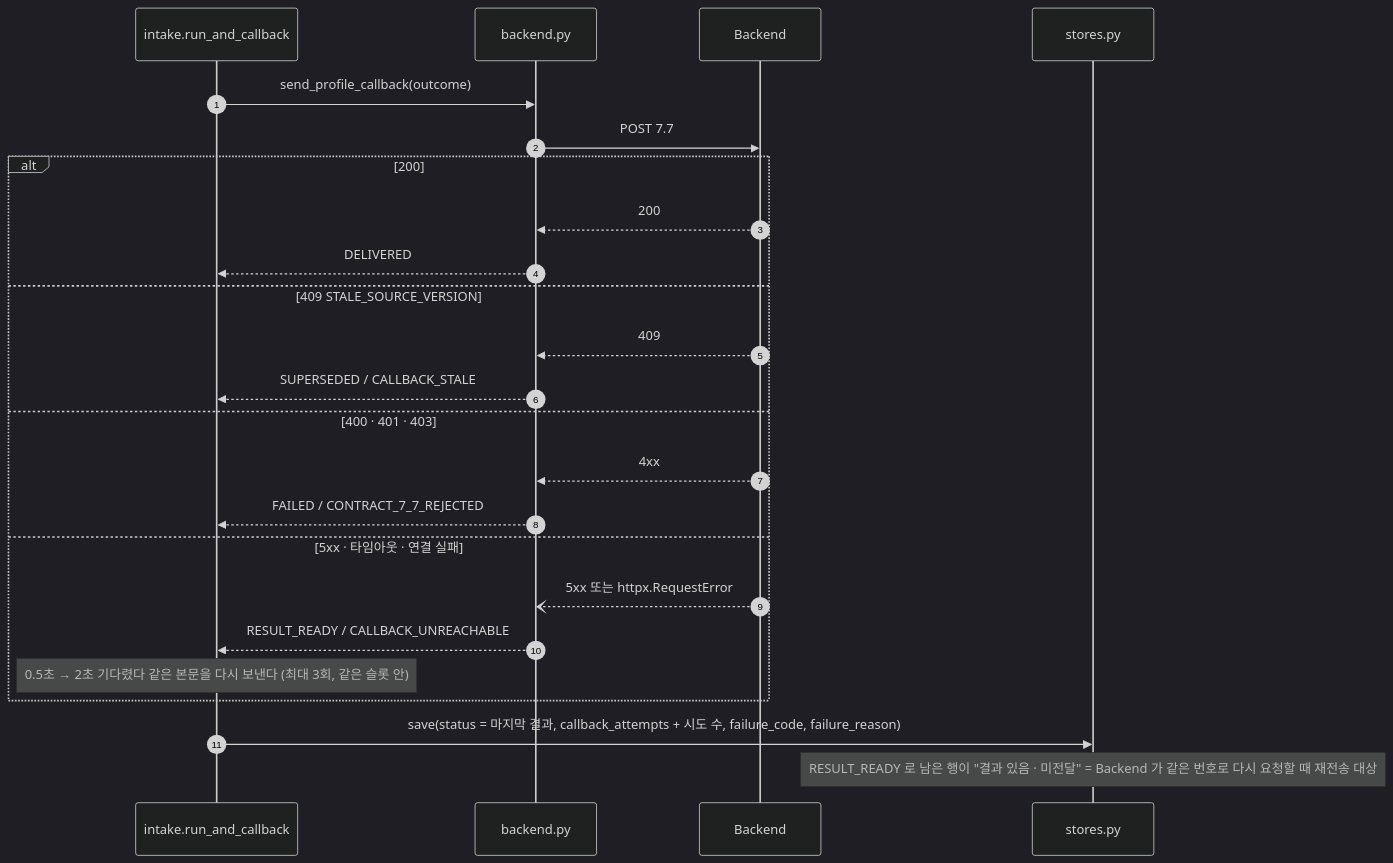
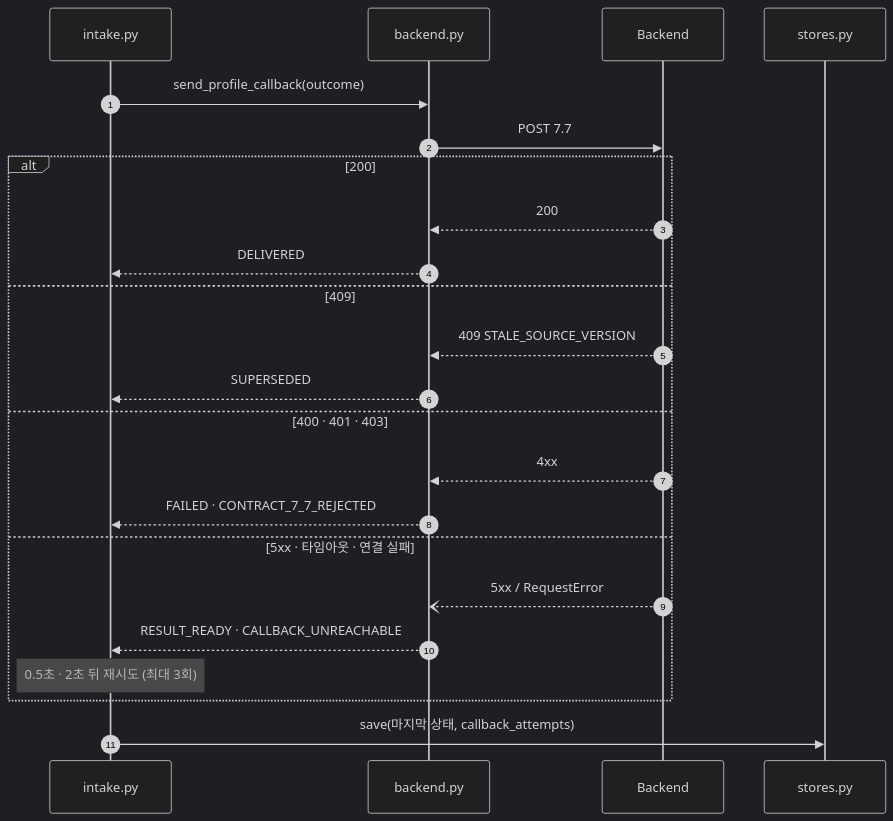
Before and after one commit to 100-hours-a-week/KTB4-12th-AI: the fifth of 6 diagrams in profiling/docs/시퀀스_전체.md, drawn with Mermaid (dark theme). The commit also changed other lines of this file and 70 other files, not shown here.

````diff
--- a/profiling/docs/시퀀스_전체.md
+++ b/profiling/docs/시퀀스_전체.md
@@ -240,27 +210,25 @@
 ```mermaid
 sequenceDiagram
   autonumber
-  participant R as intake.run_and_callback
+  participant R as intake.py
   participant BP as backend.py
   participant BE as Backend
   participant ST as stores.py
-
   R->>BP: send_profile_callback(outcome)
   BP->>BE: POST 7.7
   alt 200
     BE-->>BP: 200
     BP-->>R: DELIVERED
-  else 409 STALE_SOURCE_VERSION
-    BE-->>BP: 409
-    BP-->>R: SUPERSEDED / CALLBACK_STALE
+  else 409
+    BE-->>BP: 409 STALE_SOURCE_VERSION
+    BP-->>R: SUPERSEDED
   else 400 · 401 · 403
     BE-->>BP: 4xx
-    BP-->>R: FAILED / CONTRACT_7_7_REJECTED
+    BP-->>R: FAILED · CONTRACT_7_7_REJECTED
   else 5xx · 타임아웃 · 연결 실패
-    BE--)BP: 5xx 또는 httpx.RequestError
-    BP-->>R: RESULT_READY / CALLBACK_UNREACHABLE
-    Note over R: 0.5초 → 2초 기다렸다 같은 본문을 다시 보낸다 (최대 3회, 같은 슬롯 안)
+    BE--)BP: 5xx / RequestError
+    BP-->>R: RESULT_READY · CALLBACK_UNREACHABLE
+    Note over R: 0.5초 · 2초 뒤 재시도 (최대 3회)
   end
-  R->>ST: save(status = 마지막 결과, callback_attempts + 시도 수, failure_code, failure_reason)
-  Note over ST: RESULT_READY 로 남은 행이 "결과 있음 · 미전달" = Backend 가 같은 번호로 다시 요청할 때 재전송 대상
+  R->>ST: save(마지막 상태, callback_attempts)
 ```
````
